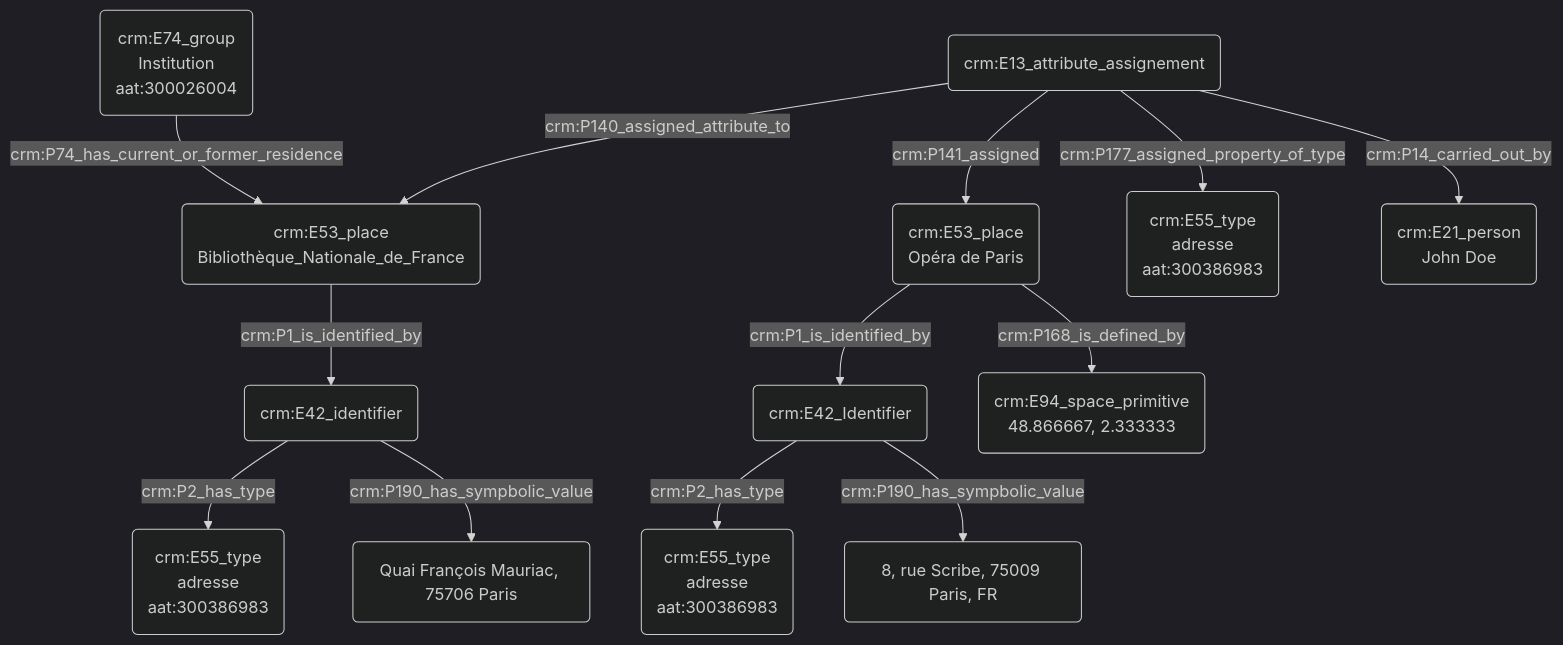
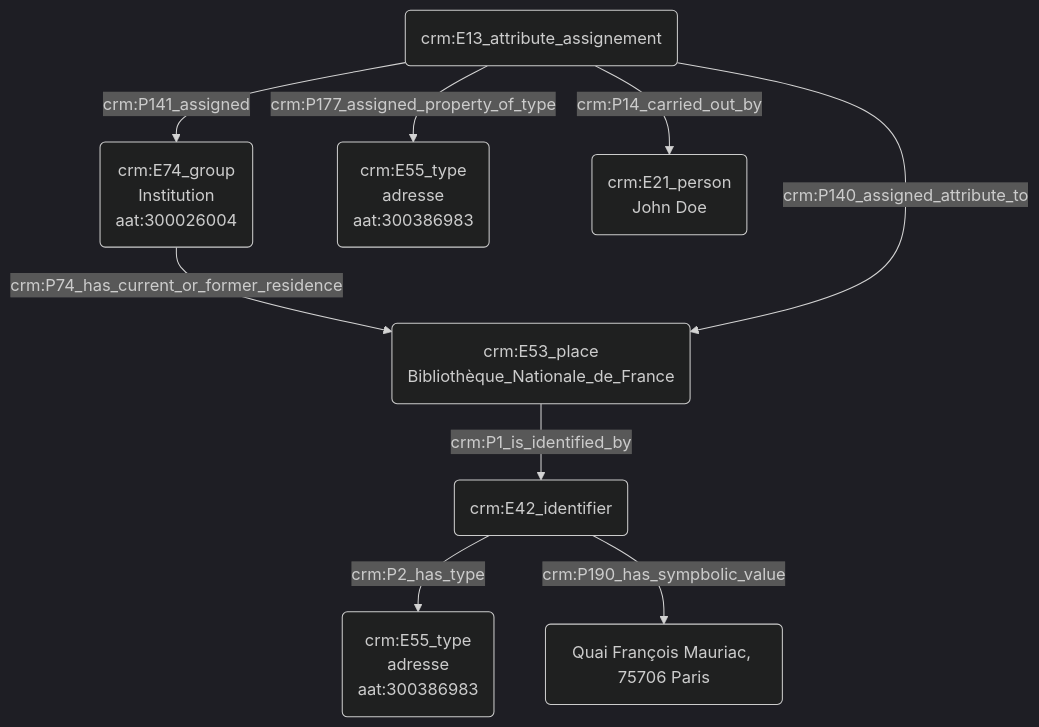
One commit to Amleth/consortium-musica2-gt2-ontologies changed the diagram in modules/livrables/Dossier 2/Indexation conceptuelle/indexation_d_un_lieu.md. Above: the diagram before and after it, drawn with Mermaid (dark theme).

````diff
--- a/modules/livrables/Dossier 2/Indexation conceptuelle/indexation_d_un_lieu.md
+++ b/modules/livrables/Dossier 2/Indexation conceptuelle/indexation_d_un_lieu.md
@@ -17,25 +17,22 @@
 ```mermaid
 graph TD;
 
 A(crm:E53_place<br>Bibliothèque_Nationale_de_France) --> |crm:P1_is_identified_by| B(crm:E42_identifier)
 B(crm:E42_identifier) --> |crm:P2_has_type| X(crm:E55_type<br>adresse<br>aat:300386983)
 B(crm:E42_identifier) --> |crm:P190_has_sympbolic_value| Y(Quai François Mauriac, 75706 Paris)
 
 C(crm:E74_group<br>Institution<br>aat:300026004) --> |crm:P74_has_current_or_former_residence| A(crm:E53_place<br>Bibliothèque_Nationale_de_France)
 
 
 H(crm:E13_attribute_assignement) --> |crm:P140_assigned_attribute_to| A(crm:E53_place<br>Bibliothèque_Nationale_de_France) 
-H(crm:E13_attribute_assignement) --> |crm:P141_assigned| I(crm:E53_place<br>Opéra de Paris)
 
-I(crm:E53_place<br>Bibliothèque Nationale de France) --> |crm:P1_is_identified_by| S(crm:E42_Identifier<br>Quai François Mauriac, 75706 Paris)
-I(crm:E53_place<br>Opéra de Paris) --> |crm:P168_is_defined_by| G(crm:E94_space_primitive
-48.866667, 2.333333)
-S(crm:E42_Identifier) --> |crm:P2_has_type| T(crm:E55_type<br>adresse<br>aat:300386983)
-S(crm:E42_Identifier) --> |crm:P190_has_sympbolic_value| U(8, rue Scribe, 75009 Paris, FR)
+
+
+H(crm:E13_attribute_assignement) --> |crm:P141_assigned| C(crm:E74_group<br>Institution<br>aat:300026004)
 
 
 H(crm:E13_attribute_assignement) --> |crm:P177_assigned_property_of_type| K(crm:E55_type<br>adresse<br>aat:300386983)
 H(crm:E13_attribute_assignement) --> |crm:P14_carried_out_by| J(crm:E21_person<br>John Doe)
 
 
 ```
````
